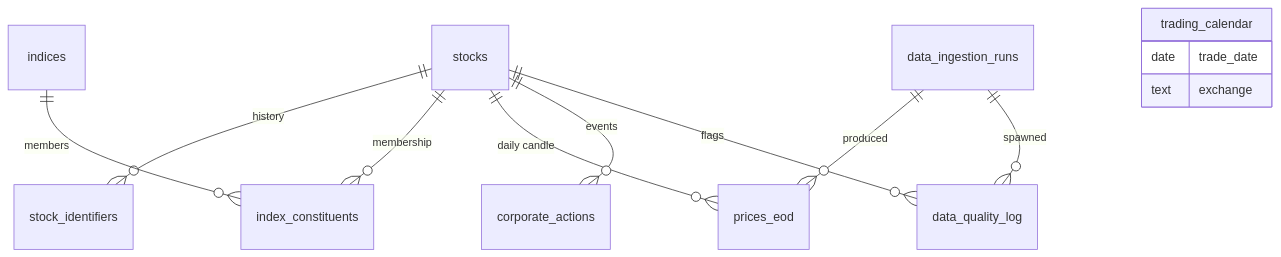
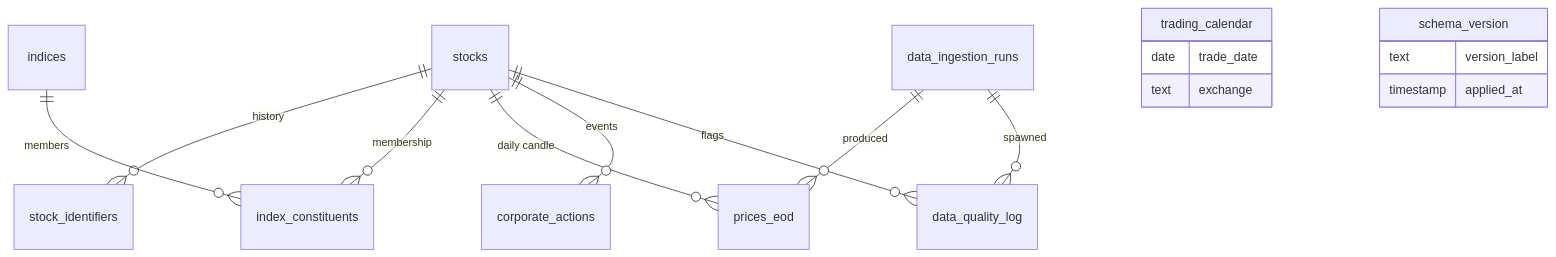
Before and after one commit to rxhils/bharat-research-brain: the diagram in docs/specs/phase-1-chunk-1.1-schema.md, drawn with Mermaid. The commit also changed other lines of this file, not shown here.

Commit message:
Phase 1 Chunk 1.1 spec: operator review applied

````diff
--- a/docs/specs/phase-1-chunk-1.1-schema.md
+++ b/docs/specs/phase-1-chunk-1.1-schema.md
@@ -341,15 +369,19 @@
 ```mermaid
 erDiagram
     stocks ||--o{ stock_identifiers : "history"
     stocks ||--o{ index_constituents : "membership"
     stocks ||--o{ prices_eod : "daily candle"
     stocks ||--o{ corporate_actions : "events"
     stocks ||--o{ data_quality_log : "flags"
     indices ||--o{ index_constituents : "members"
     data_ingestion_runs ||--o{ prices_eod : "produced"
     data_ingestion_runs ||--o{ data_quality_log : "spawned"
     trading_calendar {
         date trade_date
         text exchange
     }
+    schema_version {
+        text version_label
+        timestamp applied_at
+    }
 ```
````
